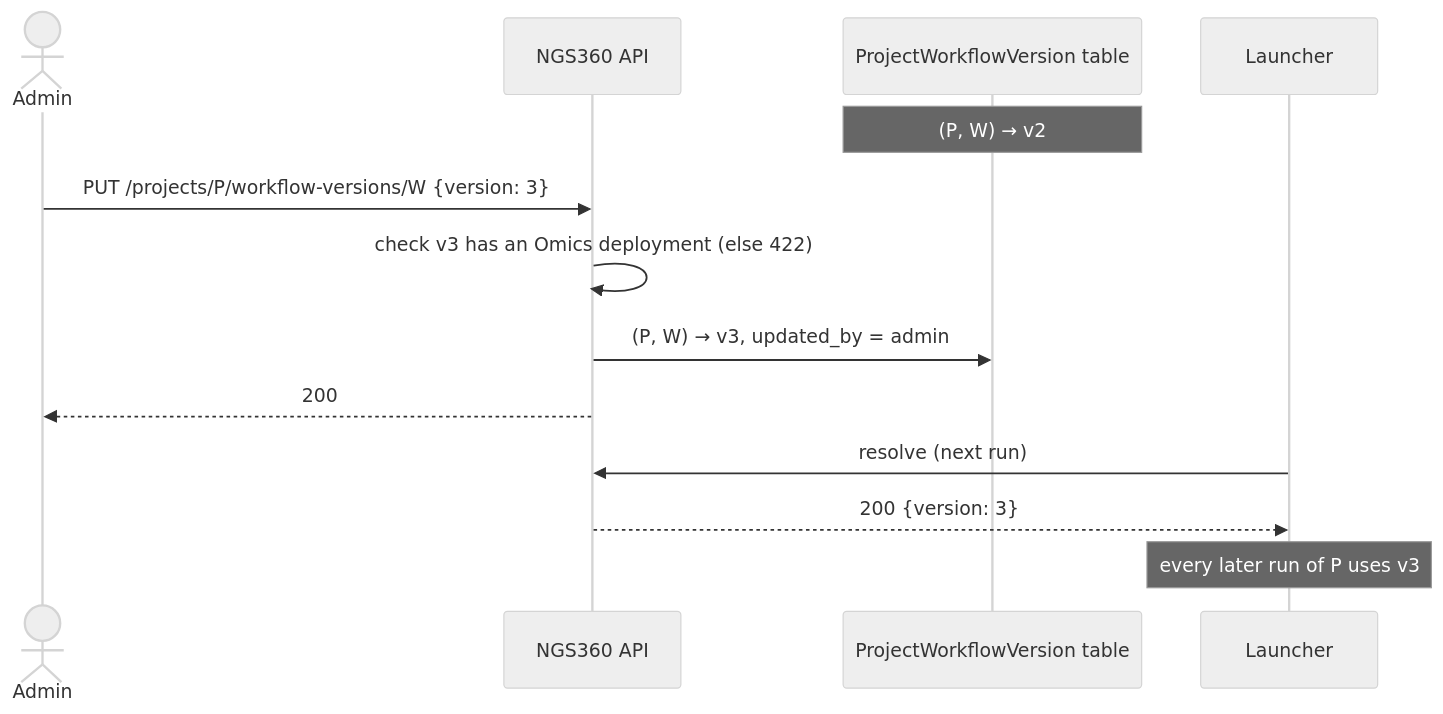
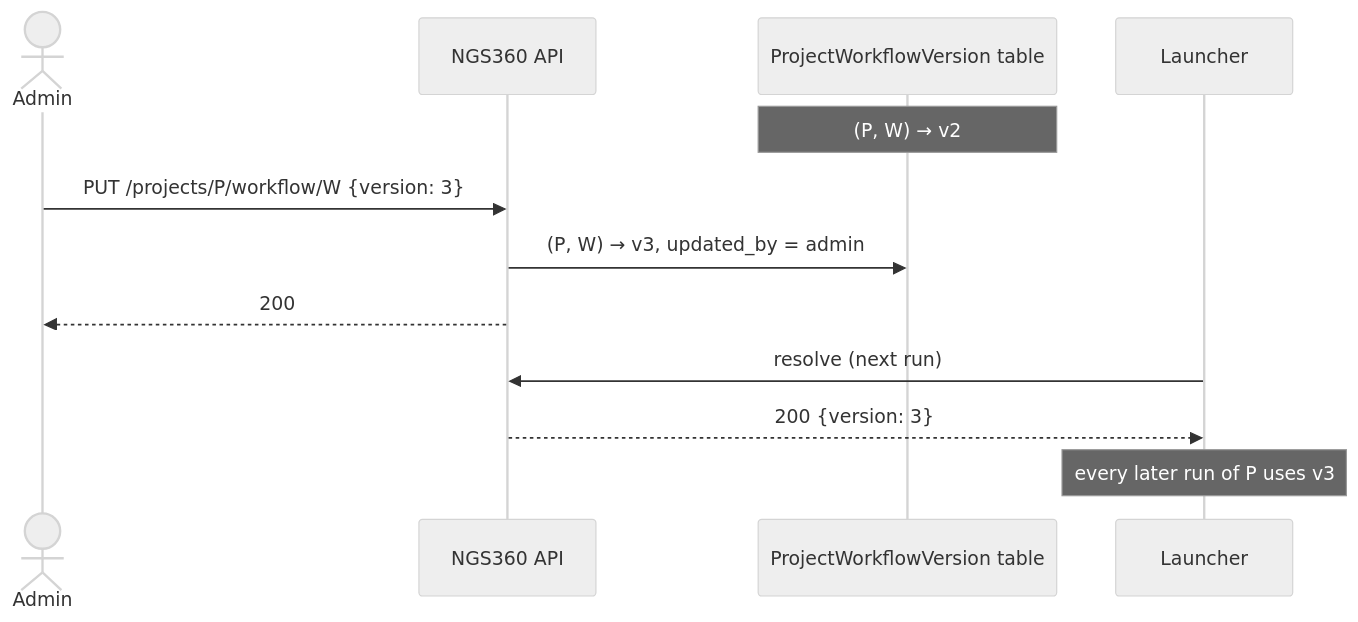
One commit to NGS360/APIServer changed the eighth of 9 diagrams in docs/WORKFLOWS_AND_PIPELINES.md. Above: the diagram before and after it, drawn with Mermaid (neutral theme). The commit also changed other lines of this file and 6 other files, not shown here.

Commit message:
take out engine from project workflow version table

````diff
--- a/docs/WORKFLOWS_AND_PIPELINES.md
+++ b/docs/WORKFLOWS_AND_PIPELINES.md
@@ -214,16 +215,15 @@
 ```mermaid
 sequenceDiagram
     actor Admin
     participant API as NGS360 API
     participant DB as ProjectWorkflowVersion table
     participant L as Launcher
 
     Note over DB: (P, W) → v2
-    Admin->>API: PUT /projects/P/workflow-versions/W {version: 3}
-    API->>API: check v3 has an Omics deployment (else 422)
+    Admin->>API: PUT /projects/P/workflow/W {version: 3}
     API->>DB: (P, W) → v3, updated_by = admin
     API-->>Admin: 200
     L->>API: resolve (next run)
     API-->>L: 200 {version: 3}
     Note over L: every later run of P uses v3
 ```
````
